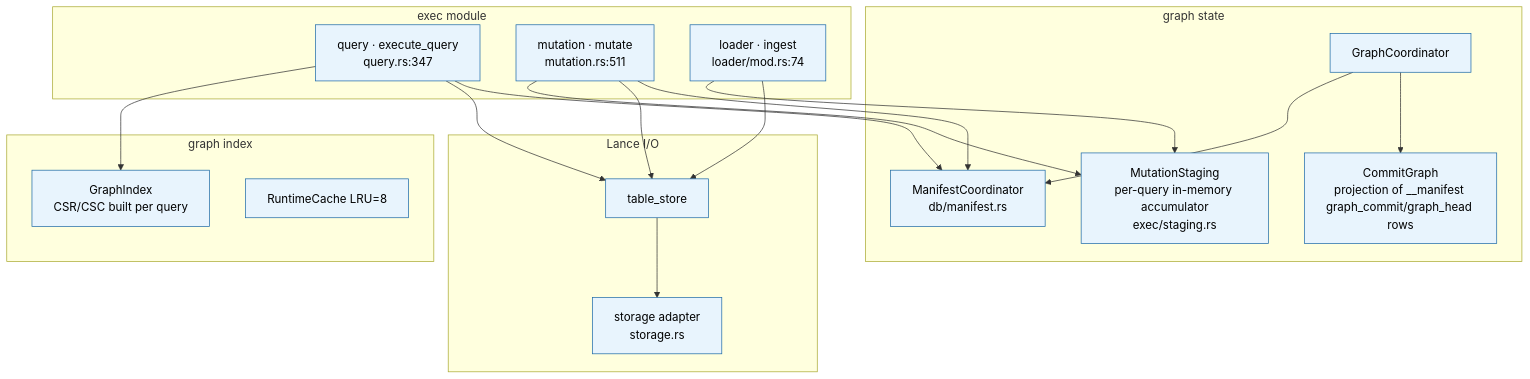
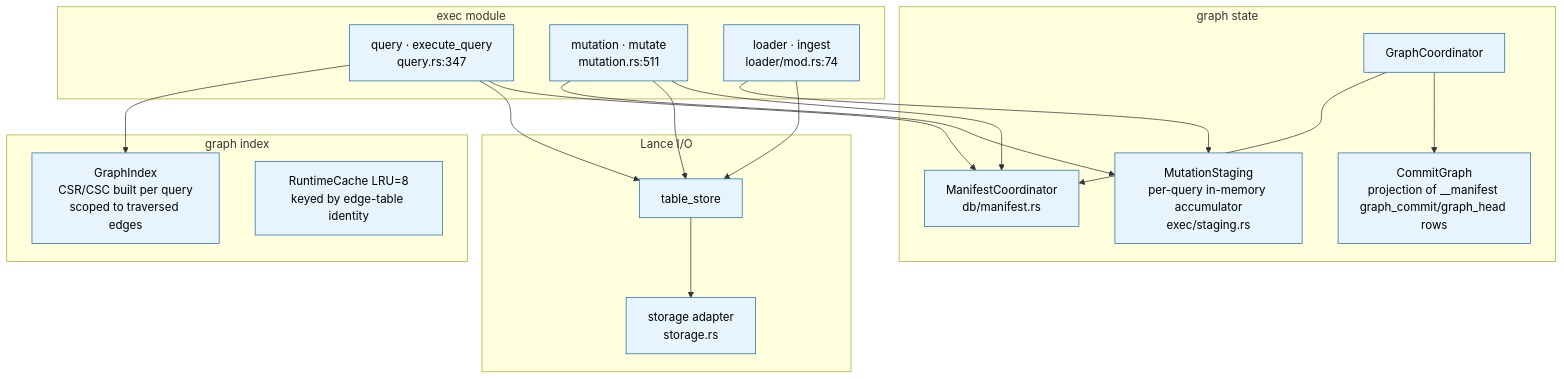
The fourth of 7 diagrams in docs/dev/architecture.md (ModernRelay/omnigraph), drawn with Mermaid before and after one commit. The commit also changed 3 other files, not shown here.

First line of the commit message:
docs(engine): topology-index scoping + physical-identity cache key

````diff
--- a/docs/dev/architecture.md
+++ b/docs/dev/architecture.md
@@ -123,39 +123,39 @@
 ```mermaid
 flowchart TB
     classDef l2 fill:#e8f4fd,stroke:#1e6aa8,color:#000
 
     subgraph exec[exec module]
         eq[query · execute_query<br/>query.rs:347]:::l2
         em[mutation · mutate<br/>mutation.rs:511]:::l2
         ld[loader · ingest<br/>loader/mod.rs:74]:::l2
     end
 
     subgraph state[graph state]
         coord[GraphCoordinator]:::l2
         mr[ManifestCoordinator<br/>db/manifest.rs]:::l2
         cg[CommitGraph<br/>projection of __manifest graph_commit/graph_head rows]:::l2
         stg[MutationStaging<br/>per-query in-memory accumulator<br/>exec/staging.rs]:::l2
     end
 
     subgraph idx[graph index]
-        gi[GraphIndex<br/>CSR/CSC built per query]:::l2
-        rc[RuntimeCache LRU=8]:::l2
+        gi[GraphIndex<br/>CSR/CSC built per query<br/>scoped to traversed edges]:::l2
+        rc[RuntimeCache LRU=8<br/>keyed by edge-table identity]:::l2
     end
 
     subgraph io[Lance I/O]
         ts[table_store]:::l2
         st[storage adapter<br/>storage.rs]:::l2
     end
 
     eq --> gi
     eq --> ts
     em --> stg
     em --> ts
     ld --> stg
     ld --> ts
     eq --> mr
     em --> mr
     coord --> mr
     coord --> cg
     ts --> st
 ```
````
